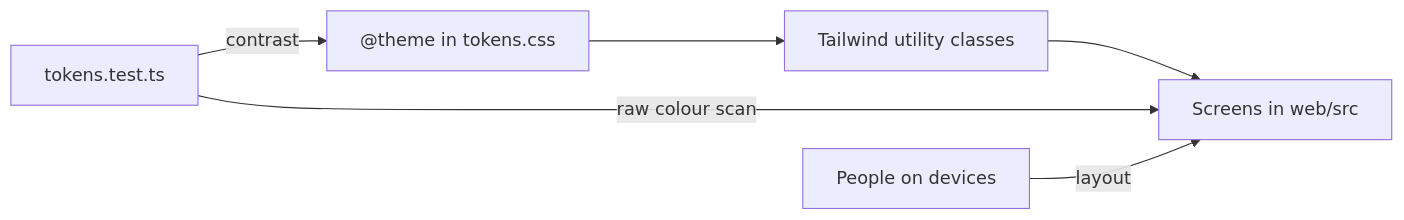
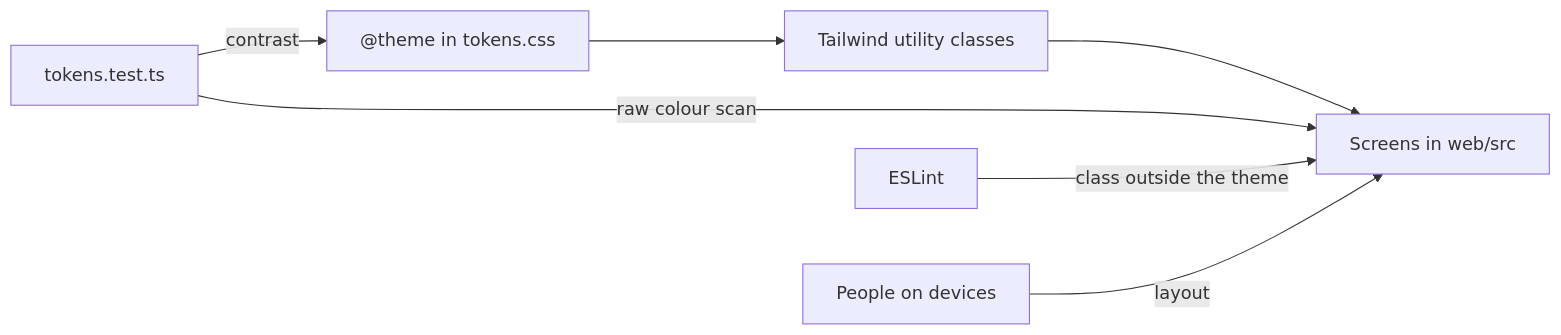
One commit to syudead/vv changed the first of 13 diagrams in docs/design-docs/library-ui.md. Above: the diagram before and after it, drawn with Mermaid. The commit also changed other lines of this file and 45 other files, not shown here.

````diff
--- a/docs/design-docs/library-ui.md
+++ b/docs/design-docs/library-ui.md
@@ -15,8 +15,9 @@
 ```mermaid
 flowchart LR
   theme["@theme in tokens.css"] --> classes[Tailwind utility classes]
   classes --> screens[Screens in web/src]
   test[tokens.test.ts] -->|contrast| theme
   test -->|raw colour scan| screens
+  lint[ESLint] -->|class outside the theme| screens
   people[People on devices] -->|layout| screens
 ```
````
